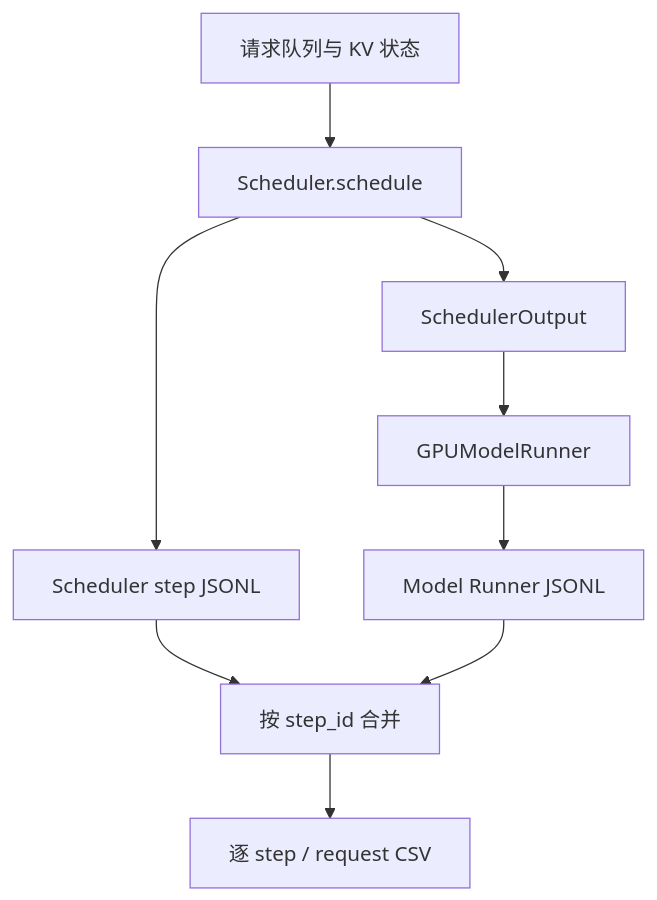
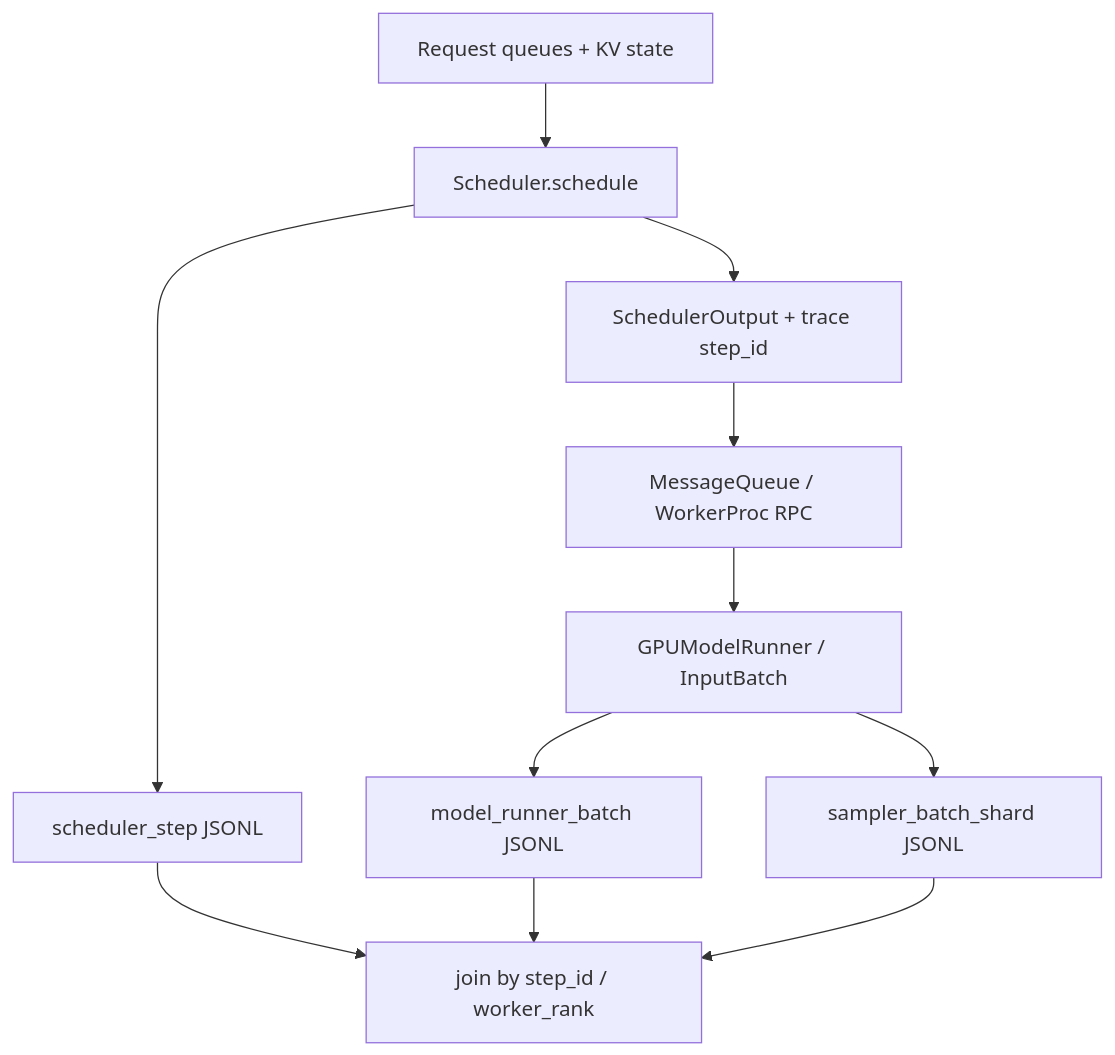
The diagram in docs/trace_design.md (Xiaoda11/vllm-scheduler-trace-lab), drawn with Mermaid before and after one commit. The commit also changed other lines of this file, not shown here.

Commit message:
docs: update trace design for v0.29

````diff
--- a/docs/trace_design.md
+++ b/docs/trace_design.md
@@ -10,11 +13,13 @@
 ```mermaid
 flowchart TD
-    A[请求队列与 KV 状态] --> B[Scheduler.schedule]
-    B --> C[Scheduler step JSONL]
-    B --> D[SchedulerOutput]
-    D --> E[GPUModelRunner]
-    E --> F[Model Runner JSONL]
-    C --> G[按 step_id 合并]
-    F --> G
-    G --> H[逐 step / request CSV]
+    A[Request queues + KV state] --> B[Scheduler.schedule]
+    B --> C[scheduler_step JSONL]
+    B --> D[SchedulerOutput + trace step_id]
+    D --> E[MessageQueue / WorkerProc RPC]
+    E --> F[GPUModelRunner / InputBatch]
+    F --> G[model_runner_batch JSONL]
+    F --> H[sampler_batch_shard JSONL]
+    C --> I[join by step_id / worker_rank]
+    G --> I
+    H --> I
 ```
````
